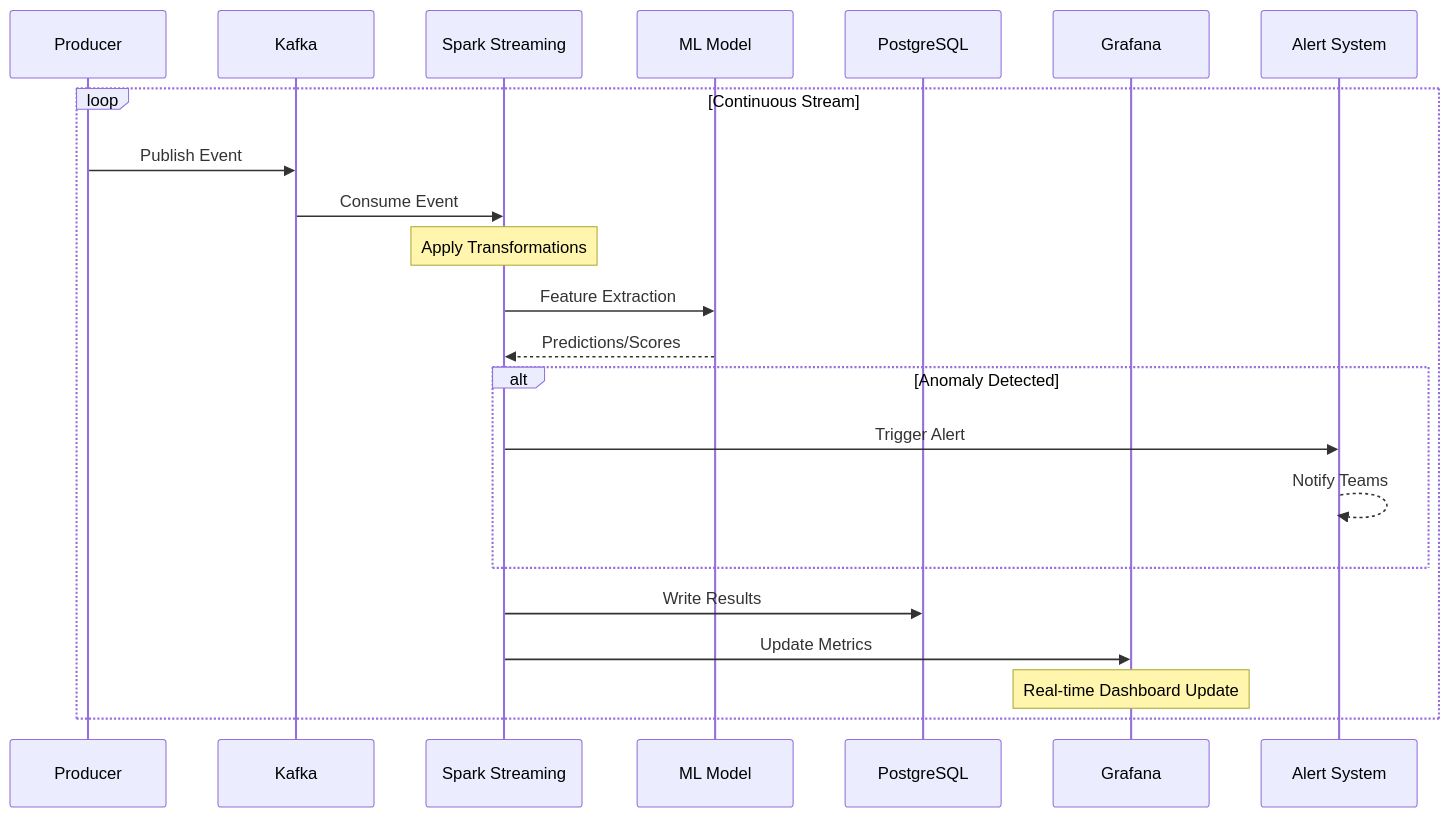
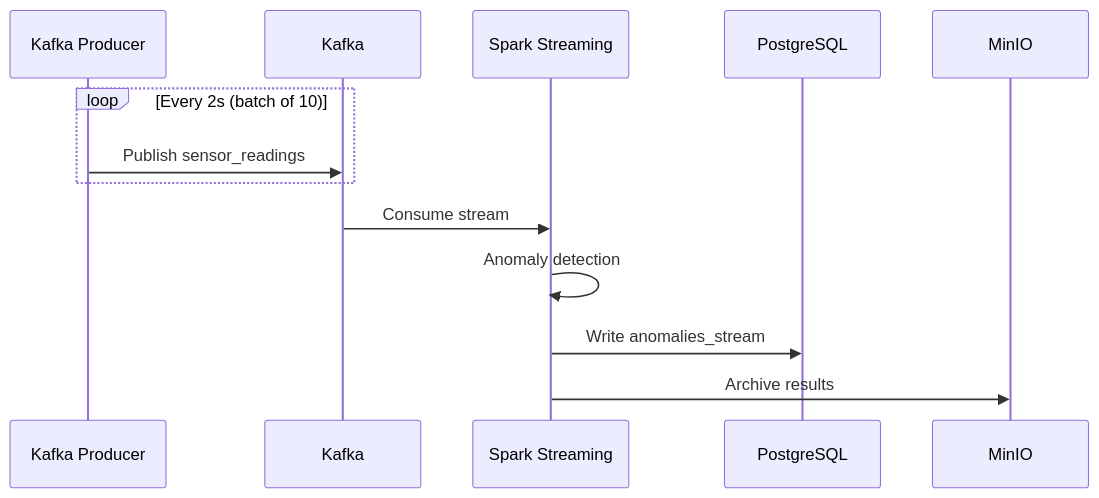
Before and after one commit to sherwin-casem/Sherwin-E2E-Data-Platform: the third of 10 diagrams in ARCHITECTURE.md, drawn with Mermaid. The commit also changed other lines of this file and 138 other files, not shown here.

````diff
--- a/ARCHITECTURE.md
+++ b/ARCHITECTURE.md
@@ -277,30 +129,16 @@
 ```mermaid
 sequenceDiagram
-    participant PROD as Producer
+    participant KP as Kafka Producer
     participant KFK as Kafka
     participant SPK as Spark Streaming
-    participant ML as ML Model
     participant PG as PostgreSQL
-    participant GRAF as Grafana
-    participant ALERT as Alert System
+    participant MN as MinIO
 
-    loop Continuous Stream
-        PROD->>KFK: Publish Event
-        KFK->>SPK: Consume Event
-
-        Note over SPK: Apply Transformations
-
-        SPK->>ML: Feature Extraction
-        ML-->>SPK: Predictions/Scores
-
-        alt Anomaly Detected
-            SPK->>ALERT: Trigger Alert
-            ALERT-->>ALERT: Notify Teams
-        end
-
-        SPK->>PG: Write Results
-        SPK->>GRAF: Update Metrics
-
-        Note over GRAF: Real-time Dashboard Update
+    loop Every 2s (batch of 10)
+        KP->>KFK: Publish sensor_readings
     end
+    KFK->>SPK: Consume stream
+    SPK->>SPK: Anomaly detection
+    SPK->>PG: Write anomalies_stream
+    SPK->>MN: Archive results
 ```
````
